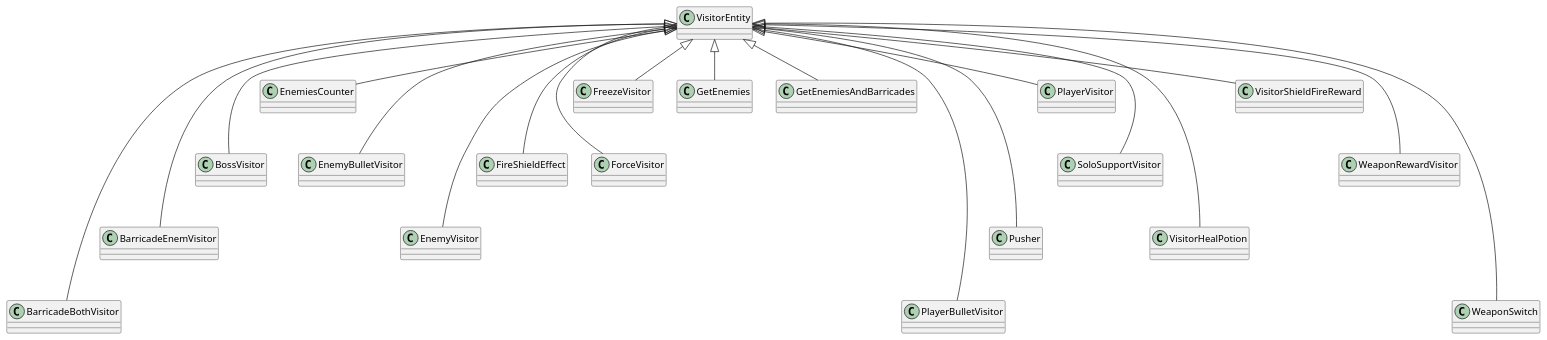
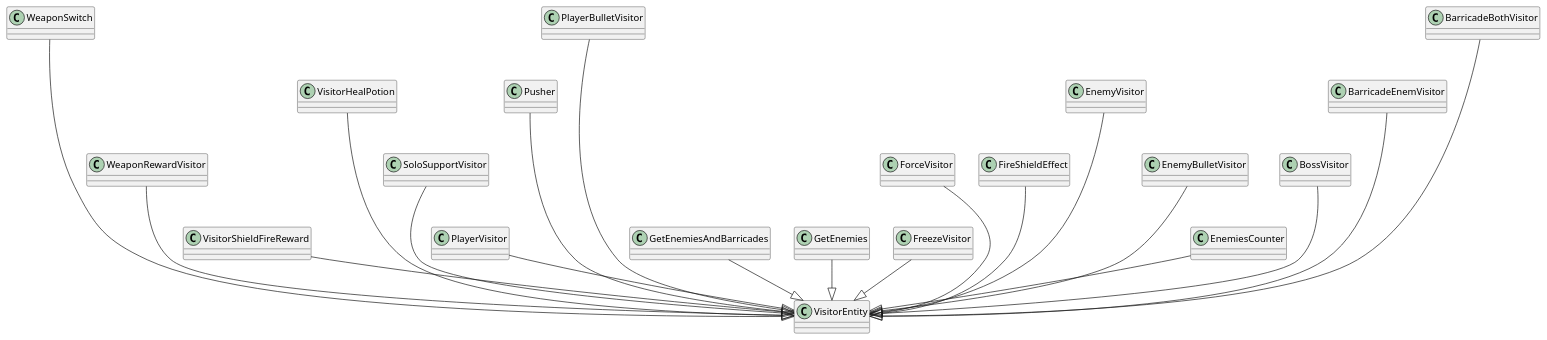
One commit to Nicolas-Guasch/Proyecto-TDP changed the diagram in ProyectoTDP/src/EntitiesVisitor/Visitor.puml. Above: the diagram before and after it, drawn with PlantUML. The commit also changed 12 other files, not shown here.

```diff
--- a/ProyectoTDP/src/EntitiesVisitor/Visitor.puml
+++ b/ProyectoTDP/src/EntitiesVisitor/Visitor.puml
@@ -1,27 +1,27 @@
 @startuml
 
 
-VisitorEntity <|----- BarricadeBothVisitor
-VisitorEntity <|---- BarricadeEnemVisitor
-VisitorEntity <|--- BossVisitor
-VisitorEntity <|-- EnemiesCounter
-VisitorEntity <|--- EnemyBulletVisitor
-VisitorEntity <|---- EnemyVisitor
-VisitorEntity <|--- FireShieldEffect
-VisitorEntity <|--- ForceVisitor
-VisitorEntity <|-- FreezeVisitor
-VisitorEntity <|-- GetEnemies
-VisitorEntity <|-- GetEnemiesAndBarricades
-VisitorEntity <|----- PlayerBulletVisitor
-VisitorEntity <|---- Pusher
-VisitorEntity <|-- PlayerVisitor
-VisitorEntity <|--- SoloSupportVisitor
-VisitorEntity <|---- VisitorHealPotion
-VisitorEntity <|-- VisitorShieldFireReward
-VisitorEntity <|--- WeaponRewardVisitor
-VisitorEntity <|----- WeaponSwitch
+    VisitorEntity <|-up---- BarricadeBothVisitor
+    VisitorEntity <|-up--- BarricadeEnemVisitor
+    VisitorEntity <|-up-- BossVisitor
+    VisitorEntity <|-up- EnemiesCounter
+    VisitorEntity <|-up-- EnemyBulletVisitor
+    VisitorEntity <|-up--- EnemyVisitor
+    VisitorEntity <|-up-- FireShieldEffect
+    VisitorEntity <|-up-- ForceVisitor
+    VisitorEntity <|-up- FreezeVisitor
+    VisitorEntity <|-up- GetEnemies
+    VisitorEntity <|-up- GetEnemiesAndBarricades
+    VisitorEntity <|-up---- PlayerBulletVisitor
+    VisitorEntity <|-up--- Pusher
+    VisitorEntity <|-up- PlayerVisitor
+    VisitorEntity <|-up-- SoloSupportVisitor
+    VisitorEntity <|-up--- VisitorHealPotion
+    VisitorEntity <|-up- VisitorShieldFireReward
+    VisitorEntity <|-up-- WeaponRewardVisitor
+    VisitorEntity <|-up---- WeaponSwitch
 
 
 
 
 @enduml
```
